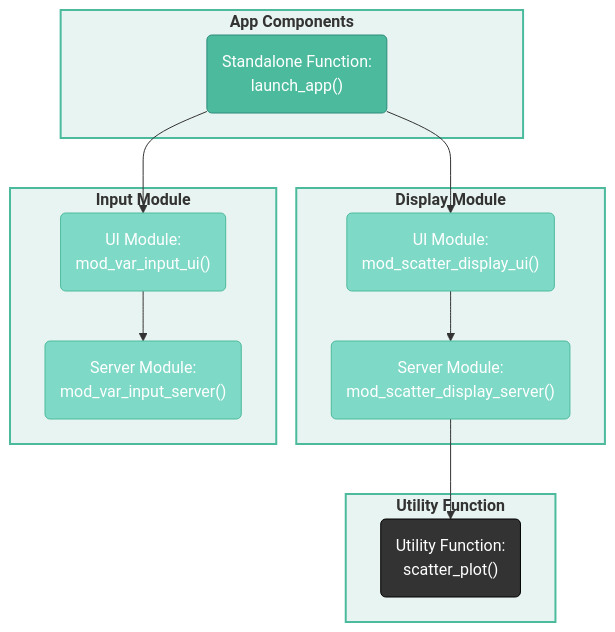
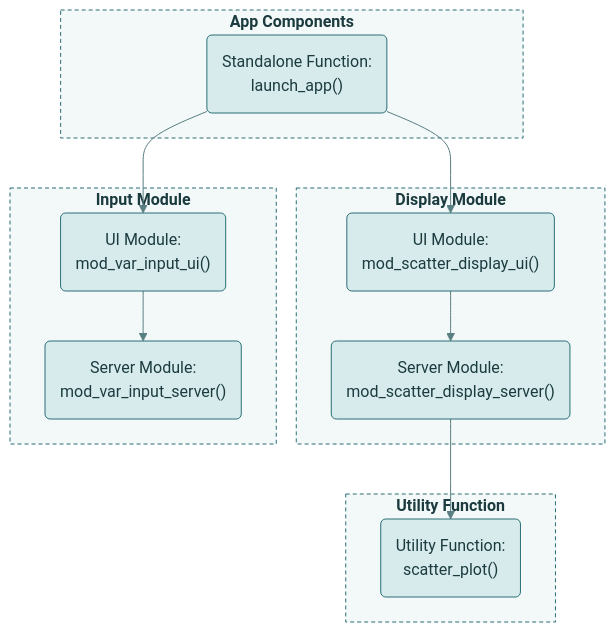
The fourth of 5 diagrams in document.qmd (mjfrigaard/shiny-app-pkgs), drawn with Mermaid before and after one commit. The commit also changed other lines of this file and 22 other files, not shown here.

First line of the commit message:
Standardize mermaid diagrams on the site teal palette

````diff
--- a/document.qmd
+++ b/document.qmd
@@ -737,39 +739,37 @@
 ```{mermaid}
 %%| fig-cap: ‘The `@family` tag’
 %%| fig-align: center
-%%{init: {‘theme’: ‘neutral’, ‘themeVariables’: { ‘fontFamily’: ‘monospace’, "fontSize":"16px"}}}%%
+%%{init: {'theme': 'base', 'themeVariables': { 'fontFamily': 'monospace', "fontSize":"16px", "primaryColor":"#D7EBEC", "primaryTextColor":"#1B3B3F", "primaryBorderColor":"#2A6F77", "lineColor":"#5A7F83", "edgeLabelBackground":"#FFFFFF", "clusterBkg":"#F3F8F8", "clusterBorder":"#2A6F77", "darkMode":false}}}%%
 
 flowchart TD
     subgraph AppCom["<strong>App Components</strong>"]
         launch_app("Standalone Function:<br>launch_app()")
     end
     
     subgraph Graph["<strong>Display Module</strong>"]
         mod_scatter_display_ui("UI Module:<br>mod_scatter_display_ui()")
         mod_scatter_display_server("Server Module:<br>mod_scatter_display_server()")
     end
     
     subgraph Vars["<strong>Input Module</strong>"]
         mod_var_input_ui("UI Module:<br>mod_var_input_ui()")
         mod_var_input_server("Server Module:<br>mod_var_input_server()")
     end
 
     subgraph Utils["<strong>Utility Function</strong>"]
         scatter_plot("Utility Function:<br>scatter_plot()")
     end
 
     launch_app --> mod_var_input_ui --> mod_var_input_server
     launch_app --> mod_scatter_display_ui --> mod_scatter_display_server --> scatter_plot
 
-    style AppCom fill:#e8f4f1,stroke:#4CBB9D,stroke-width:2px
-    style Vars fill:#e8f4f1,stroke:#4CBB9D,stroke-width:2px
-    style Graph fill:#e8f4f1,stroke:#4CBB9D,stroke-width:2px
-    style Utils fill:#e8f4f1,stroke:#4CBB9D,stroke-width:2px
-    style launch_app fill:#4CBB9D,color:#fff,stroke:#2d8a7a,stroke-width:1px
-    style mod_var_input_ui fill:#7fd9c7,color:#fff,stroke:#4CBB9D,stroke-width:1px
-    style mod_var_input_server fill:#7fd9c7,color:#fff,stroke:#4CBB9D,stroke-width:1px
-    style mod_scatter_display_ui fill:#7fd9c7,color:#fff,stroke:#4CBB9D,stroke-width:1px
-    style mod_scatter_display_server fill:#7fd9c7,color:#fff,stroke:#4CBB9D,stroke-width:1px
-    style scatter_plot fill:#333,color:#fff,stroke:#000,stroke-width:1px
-    
+    classDef term fill:#2A6F77,color:#FFFFFF,stroke:#1B4F55,stroke-width:1px
+    classDef step fill:#D7EBEC,color:#1B3B3F,stroke:#2A6F77,stroke-width:1px
+    classDef decision fill:#F4C26B,color:#3D2A00,stroke:#B7832B,stroke-width:1px
+    classDef io fill:#FFFFFF,color:#1B3B3F,stroke:#2A6F77,stroke-width:1px
+    class launch_app,mod_scatter_display_ui,mod_scatter_display_server,mod_var_input_ui,mod_var_input_server,scatter_plot step
+    style AppCom fill:#F3F8F8,color:#1B3B3F,stroke:#2A6F77,stroke-width:1px,stroke-dasharray:4 3
+    style Graph fill:#F3F8F8,color:#1B3B3F,stroke:#2A6F77,stroke-width:1px,stroke-dasharray:4 3
+    style Vars fill:#F3F8F8,color:#1B3B3F,stroke:#2A6F77,stroke-width:1px,stroke-dasharray:4 3
+    style Utils fill:#F3F8F8,color:#1B3B3F,stroke:#2A6F77,stroke-width:1px,stroke-dasharray:4 3
 ```
````
